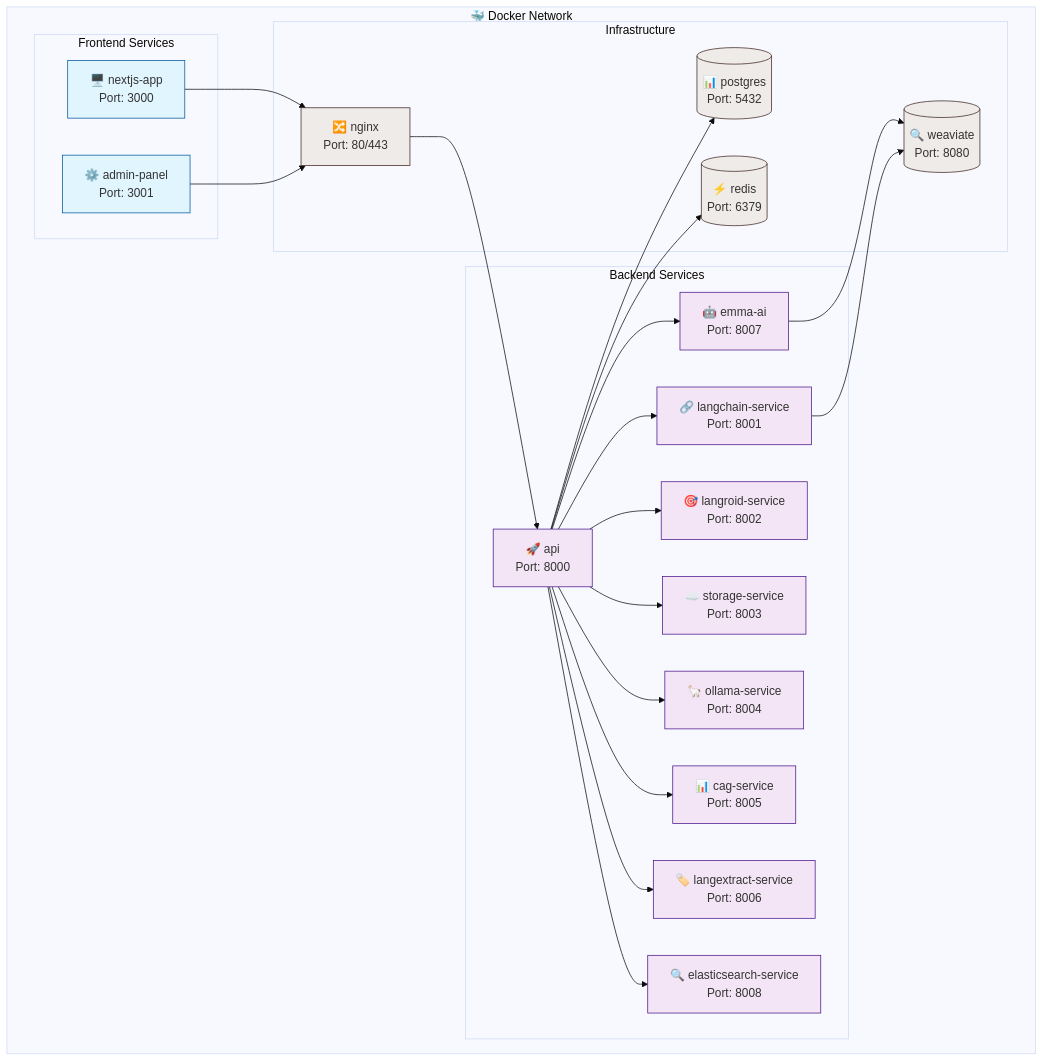
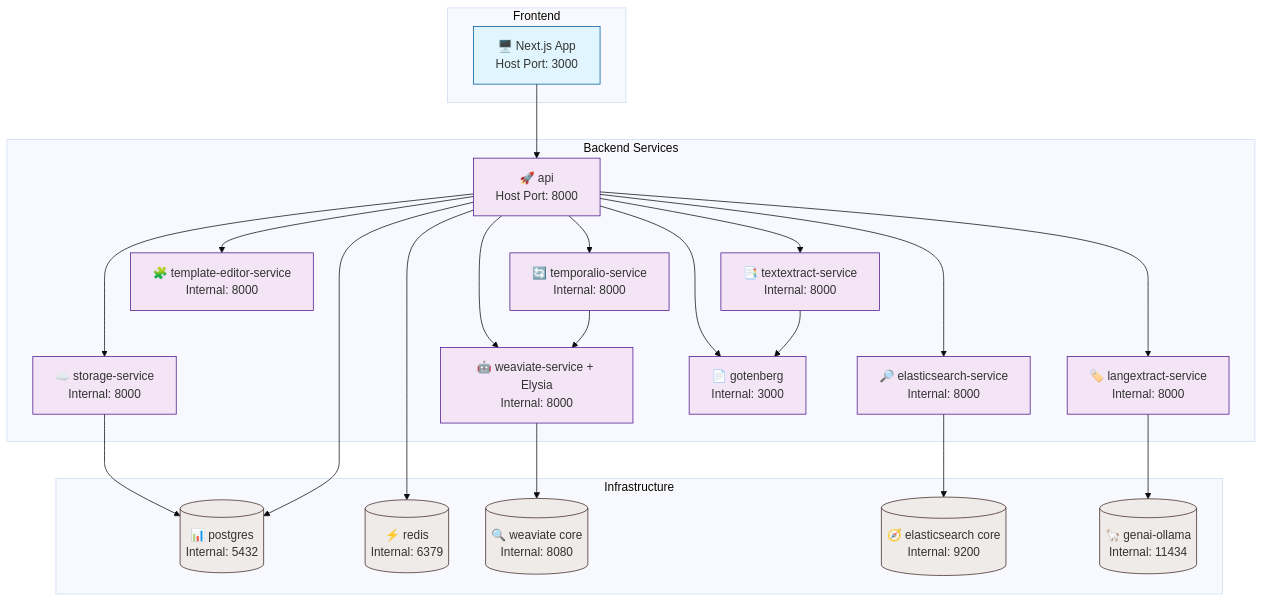
The diagram in backend/architecture/docker-architecture.md (horelvis/nexus-documents-ia), drawn with Mermaid (base theme) before and after one commit. The commit also changed 212 other files, not shown here.

````diff
--- a/backend/architecture/docker-architecture.md
+++ b/backend/architecture/docker-architecture.md
@@ -3,54 +5,53 @@
 ```mermaid
 graph TB
-    subgraph "🐳 Docker Network"
-        subgraph "Frontend Services"
-            NextJS[🖥️ nextjs-app<br/>Port: 3000]
-            Admin[⚙️ admin-panel<br/>Port: 3001]
-        end
-
-        subgraph "Backend Services"
-            API[🚀 api<br/>Port: 8000]
-            Emma[🤖 emma-ai<br/>Port: 8007]
-            LangChain[🔗 langchain-service<br/>Port: 8001]
-            Langroid[🎯 langroid-service<br/>Port: 8002]
-            Storage[☁️ storage-service<br/>Port: 8003]
-            Ollama[🦙 ollama-service<br/>Port: 8004]
-            CAG[📊 cag-service<br/>Port: 8005]
-              LangExtract[🏷️ langextract-service<br/>Port: 8006]
-              Elasticsearch[🔍 elasticsearch-service<br/>Port: 8008]
-        end
-
-        subgraph "Infrastructure"
-            Postgres[(📊 postgres<br/>Port: 5432)]
-            Weaviate[(🔍 weaviate<br/>Port: 8080)]
-            Redis[(⚡ redis<br/>Port: 6379)]
-            Nginx[🔀 nginx<br/>Port: 80/443]
-        end
+    subgraph "Frontend"
+        NextJS[🖥️ Next.js App<br/>Host Port: 3000]
     end
 
-    NextJS --> Nginx
-    Admin --> Nginx
-    Nginx --> API
+    subgraph "Backend Services"
+        API[🚀 api<br/>Host Port: 8000]
+        WeaviateSvc[🤖 weaviate-service + Elysia<br/>Internal: 8000]
+        LangExtractSvc[🏷️ langextract-service<br/>Internal: 8000]
+        TextExtractSvc[📑 textextract-service<br/>Internal: 8000]
+        TemplateSvc[🧩 template-editor-service<br/>Internal: 8000]
+        TemporalSvc[🔄 temporalio-service<br/>Internal: 8000]
+        StorageSvc[☁️ storage-service<br/>Internal: 8000]
+        ElasticSvc[🔎 elasticsearch-service<br/>Internal: 8000]
+        GotenbergSvc[📄 gotenberg<br/>Internal: 3000]
+    end
 
-      API --> Emma
-      API --> LangChain
-      API --> Langroid
-      API --> Storage
-      API --> Ollama
-      API --> CAG
-      API --> LangExtract
-      API --> Elasticsearch
+    subgraph "Infrastructure"
+        Postgres[(📊 postgres<br/>Internal: 5432)]
+        Redis[(⚡ redis<br/>Internal: 6379)]
+        WeaviateCore[(🔍 weaviate core<br/>Internal: 8080)]
+        ElasticsearchCore[(🧭 elasticsearch core<br/>Internal: 9200)]
+        Ollama[(🦙 genai-ollama<br/>Internal: 11434)]
+    end
 
-    Emma --> Weaviate
-    LangChain --> Weaviate
+    NextJS --> API
+    API --> WeaviateSvc
+    API --> LangExtractSvc
+    API --> TextExtractSvc
+    API --> TemplateSvc
+    API --> TemporalSvc
+    API --> StorageSvc
+    API --> ElasticSvc
+    API --> GotenbergSvc
+
+    WeaviateSvc --> WeaviateCore
+    LangExtractSvc --> Ollama
+    TextExtractSvc --> GotenbergSvc
+    TemporalSvc --> WeaviateSvc
+    StorageSvc --> Postgres
     API --> Postgres
     API --> Redis
+    ElasticSvc --> ElasticsearchCore
 
     classDef frontend fill:#e1f5fe,stroke:#01579b
     classDef backend fill:#f3e5f5,stroke:#4a148c
     classDef infra fill:#efebe9,stroke:#3e2723
 
-    class NextJS,Admin frontend
-    class API,Emma,LangChain,Langroid,Storage,Ollama,CAG,LangExtract,Elasticsearch backend
-    class Postgres,Weaviate,Redis,Nginx infra
+    class NextJS frontend
+    class API,WeaviateSvc,LangExtractSvc,TextExtractSvc,TemplateSvc,TemporalSvc,StorageSvc,ElasticSvc,GotenbergSvc backend
+    class Postgres,Redis,WeaviateCore,ElasticsearchCore,Ollama infra
 ```
````
